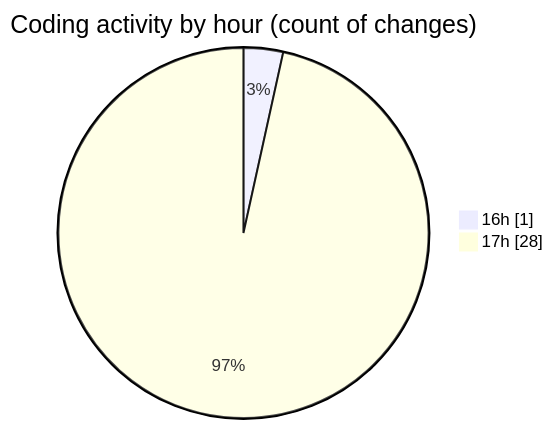
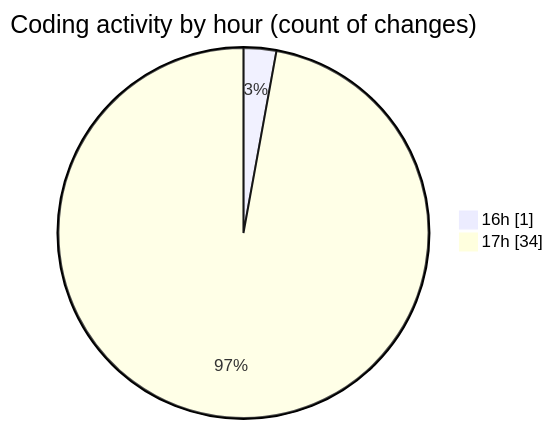
The second of 2 diagrams in 2025-05-27/studio-backend/README.md (idhammustaqopulfikri/code-tracking), drawn with Mermaid before and after one commit. The commit also changed other lines of this file and 1 other file, not shown here.

````diff
--- a/2025-05-27/studio-backend/README.md
+++ b/2025-05-27/studio-backend/README.md
@@ -46,6 +49,6 @@
 ```mermaid
 pie showData
 title Coding activity by hour (count of changes)
 "16h" : 1
-"17h" : 28
+"17h" : 34
 ```
````
